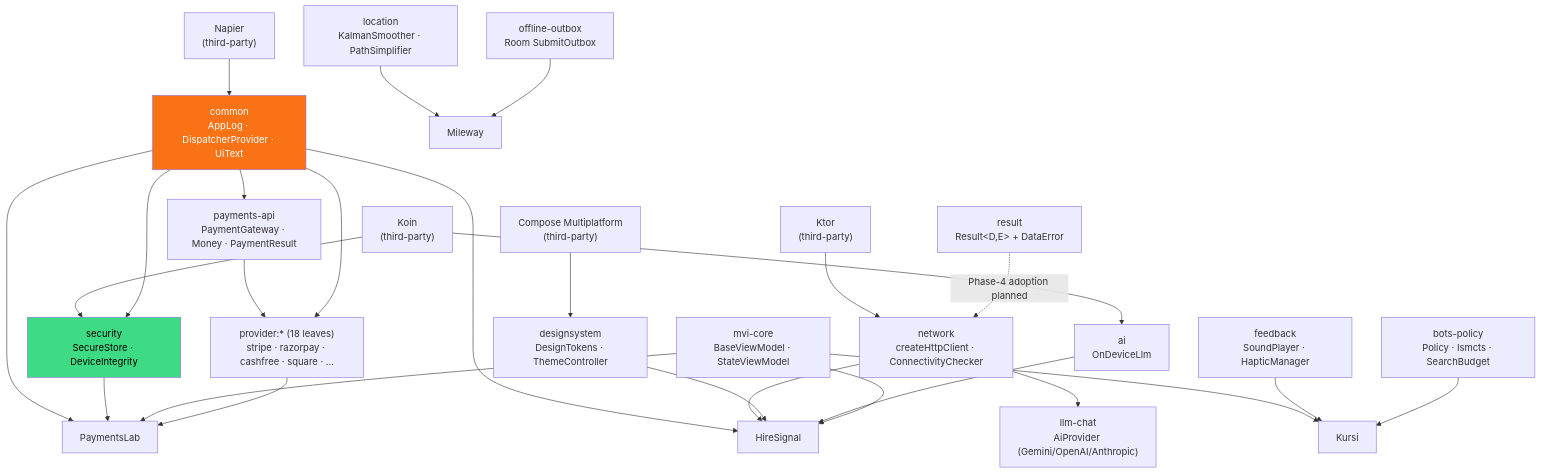
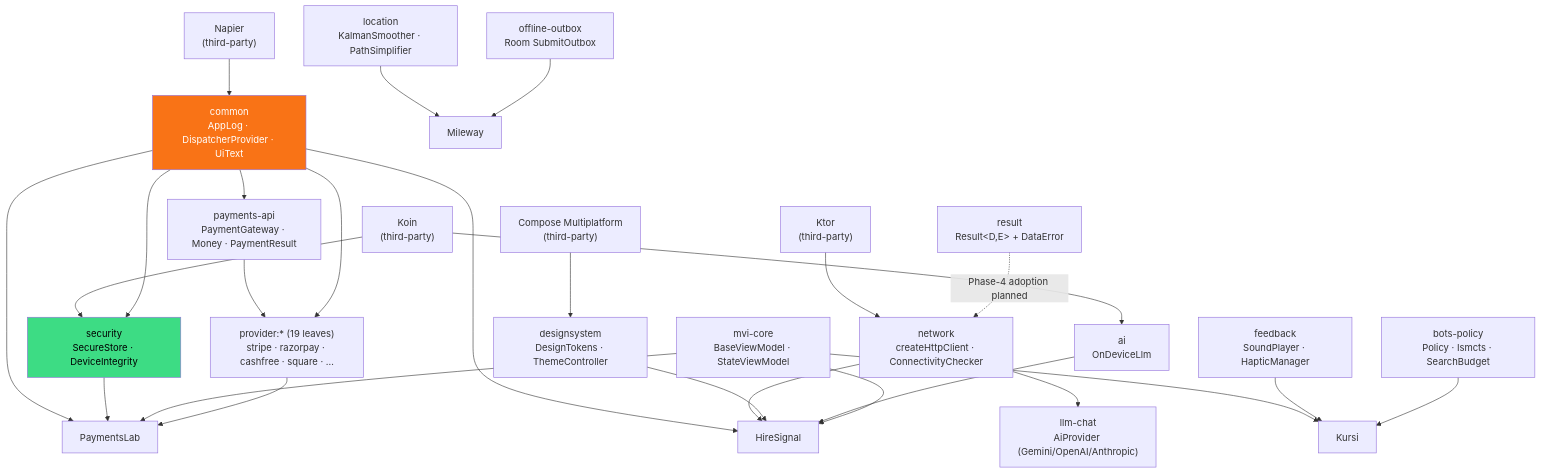
The first of 2 diagrams in README.md (darkpandawarrior/kmp-toolkit), drawn with Mermaid before and after one commit. The commit also changed other lines of this file, not shown here.

````diff
--- a/README.md
+++ b/README.md
@@ -129,56 +145,56 @@
 ```mermaid
 graph TD
     NAPIER["Napier<br/>(third-party)"]
     KTOR["Ktor<br/>(third-party)"]
     KOIN["Koin<br/>(third-party)"]
     CMP["Compose Multiplatform<br/>(third-party)"]
 
     RESULT["result<br/>Result&lt;D,E&gt; + DataError"]
     COMMON["common<br/>AppLog · DispatcherProvider · UiText"]
     MVI["mvi-core<br/>BaseViewModel · StateViewModel"]
     NETWORK["network<br/>createHttpClient · ConnectivityChecker"]
     SECURITY["security<br/>SecureStore · DeviceIntegrity"]
     DESIGNSYSTEM["designsystem<br/>DesignTokens · ThemeController"]
     AI["ai<br/>OnDeviceLlm"]
     FEEDBACK["feedback<br/>SoundPlayer · HapticManager"]
     LOCATION["location<br/>KalmanSmoother · PathSimplifier"]
     LLMCHAT["llm-chat<br/>AiProvider (Gemini/OpenAI/Anthropic)"]
     PAYMENTSAPI["payments-api<br/>PaymentGateway · Money · PaymentResult"]
-    PROVIDERS["provider:* (18 leaves)<br/>stripe · razorpay · cashfree · square · …"]
+    PROVIDERS["provider:* (19 leaves)<br/>stripe · razorpay · cashfree · square · …"]
     OUTBOX["offline-outbox<br/>Room SubmitOutbox"]
     BOTS["bots-policy<br/>Policy · Ismcts · SearchBudget"]
 
     NAPIER --> COMMON
     KTOR --> NETWORK
     KOIN --> AI
     KOIN --> SECURITY
     CMP --> DESIGNSYSTEM
 
     COMMON --> SECURITY
     RESULT -.->|"Phase-4 adoption planned"| NETWORK
     NETWORK --> LLMCHAT
     COMMON --> PAYMENTSAPI
     PAYMENTSAPI --> PROVIDERS
     COMMON --> PROVIDERS
 
     COMMON --> HIRESIGNAL["HireSignal"]
     NETWORK --> HIRESIGNAL
     DESIGNSYSTEM --> HIRESIGNAL
     AI --> HIRESIGNAL
     MVI --> HIRESIGNAL
 
     COMMON --> PAYMENTSLAB["PaymentsLab"]
     SECURITY --> PAYMENTSLAB
     MVI --> PAYMENTSLAB
     PROVIDERS --> PAYMENTSLAB
 
     LOCATION --> MILEWAY["Mileway"]
     OUTBOX --> MILEWAY
 
     MVI --> KURSI["Kursi"]
     FEEDBACK --> KURSI
     BOTS --> KURSI
 
     style SECURITY fill:#3DDC84,color:#000
     style COMMON fill:#F97316,color:#fff
 ```
````
